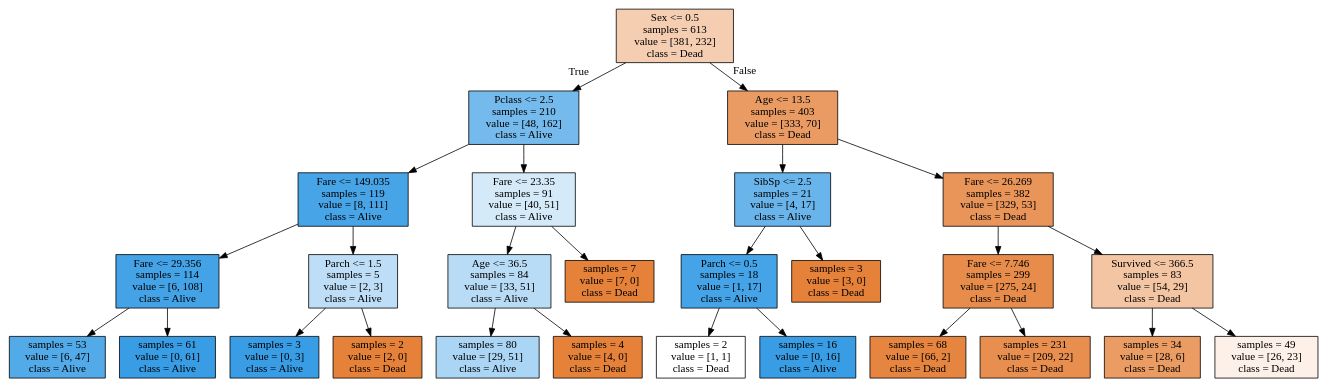
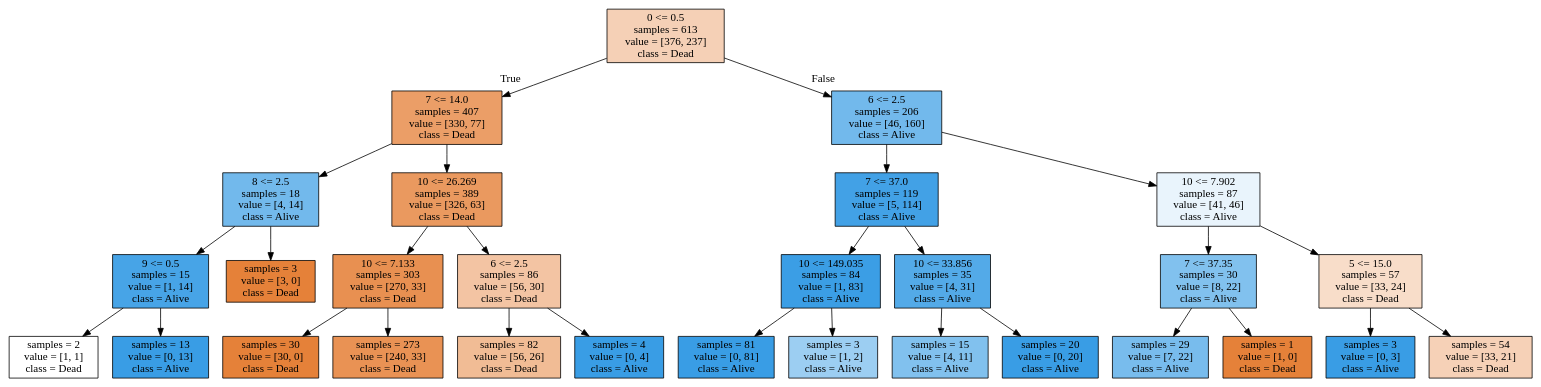
The diagram in 01 - Titanic - Machine Learning from Disaster /tree.dot (PrynsTag/Kaggle-Competitions), drawn with Graphviz before and after one commit.

Commit message:
Decision Tree Visualization

```diff
--- a/01 - Titanic - Machine Learning from Disaster /tree.dot
+++ b/01 - Titanic - Machine Learning from Disaster /tree.dot
@@ -1,56 +1,60 @@
 digraph Tree {
 node [shape=box, style="filled", color="black"] ;
-0 [label="Sex <= 0.5\nsamples = 613\nvalue = [381, 232]\nclass = Dead", fillcolor="#f5ceb2"] ;
-1 [label="Pclass <= 2.5\nsamples = 210\nvalue = [48, 162]\nclass = Alive", fillcolor="#74baed"] ;
+0 [label="0 <= 0.5\nsamples = 613\nvalue = [376, 237]\nclass = Dead", fillcolor="#f5d0b6"] ;
+1 [label="7 <= 14.0\nsamples = 407\nvalue = [330, 77]\nclass = Dead", fillcolor="#eb9e67"] ;
 0 -> 1 [labeldistance=2.5, labelangle=45, headlabel="True"] ;
-2 [label="Fare <= 149.035\nsamples = 119\nvalue = [8, 111]\nclass = Alive", fillcolor="#47a4e7"] ;
+2 [label="8 <= 2.5\nsamples = 18\nvalue = [4, 14]\nclass = Alive", fillcolor="#72b9ec"] ;
 1 -> 2 ;
-3 [label="Fare <= 29.356\nsamples = 114\nvalue = [6, 108]\nclass = Alive", fillcolor="#44a2e6"] ;
+3 [label="9 <= 0.5\nsamples = 15\nvalue = [1, 14]\nclass = Alive", fillcolor="#47a4e7"] ;
 2 -> 3 ;
-4 [label="samples = 53\nvalue = [6, 47]\nclass = Alive", fillcolor="#52aae8"] ;
+4 [label="samples = 2\nvalue = [1, 1]\nclass = Dead", fillcolor="#ffffff"] ;
 3 -> 4 ;
-5 [label="samples = 61\nvalue = [0, 61]\nclass = Alive", fillcolor="#399de5"] ;
+5 [label="samples = 13\nvalue = [0, 13]\nclass = Alive", fillcolor="#399de5"] ;
 3 -> 5 ;
-6 [label="Parch <= 1.5\nsamples = 5\nvalue = [2, 3]\nclass = Alive", fillcolor="#bddef6"] ;
+6 [label="samples = 3\nvalue = [3, 0]\nclass = Dead", fillcolor="#e58139"] ;
 2 -> 6 ;
-7 [label="samples = 3\nvalue = [0, 3]\nclass = Alive", fillcolor="#399de5"] ;
-6 -> 7 ;
-8 [label="samples = 2\nvalue = [2, 0]\nclass = Dead", fillcolor="#e58139"] ;
-6 -> 8 ;
-9 [label="Fare <= 23.35\nsamples = 91\nvalue = [40, 51]\nclass = Alive", fillcolor="#d4eaf9"] ;
-1 -> 9 ;
-10 [label="Age <= 36.5\nsamples = 84\nvalue = [33, 51]\nclass = Alive", fillcolor="#b9dcf6"] ;
-9 -> 10 ;
-11 [label="samples = 80\nvalue = [29, 51]\nclass = Alive", fillcolor="#aad5f4"] ;
-10 -> 11 ;
-12 [label="samples = 4\nvalue = [4, 0]\nclass = Dead", fillcolor="#e58139"] ;
-10 -> 12 ;
-13 [label="samples = 7\nvalue = [7, 0]\nclass = Dead", fillcolor="#e58139"] ;
-9 -> 13 ;
-14 [label="Age <= 13.5\nsamples = 403\nvalue = [333, 70]\nclass = Dead", fillcolor="#ea9b63"] ;
+7 [label="10 <= 26.269\nsamples = 389\nvalue = [326, 63]\nclass = Dead", fillcolor="#ea995f"] ;
+1 -> 7 ;
+8 [label="10 <= 7.133\nsamples = 303\nvalue = [270, 33]\nclass = Dead", fillcolor="#e89051"] ;
+7 -> 8 ;
+9 [label="samples = 30\nvalue = [30, 0]\nclass = Dead", fillcolor="#e58139"] ;
+8 -> 9 ;
+10 [label="samples = 273\nvalue = [240, 33]\nclass = Dead", fillcolor="#e99254"] ;
+8 -> 10 ;
+11 [label="6 <= 2.5\nsamples = 86\nvalue = [56, 30]\nclass = Dead", fillcolor="#f3c4a3"] ;
+7 -> 11 ;
+12 [label="samples = 82\nvalue = [56, 26]\nclass = Dead", fillcolor="#f1bc95"] ;
+11 -> 12 ;
+13 [label="samples = 4\nvalue = [0, 4]\nclass = Alive", fillcolor="#399de5"] ;
+11 -> 13 ;
+14 [label="6 <= 2.5\nsamples = 206\nvalue = [46, 160]\nclass = Alive", fillcolor="#72b9ec"] ;
 0 -> 14 [labeldistance=2.5, labelangle=-45, headlabel="False"] ;
-15 [label="SibSp <= 2.5\nsamples = 21\nvalue = [4, 17]\nclass = Alive", fillcolor="#68b4eb"] ;
+15 [label="7 <= 37.0\nsamples = 119\nvalue = [5, 114]\nclass = Alive", fillcolor="#42a1e6"] ;
 14 -> 15 ;
-16 [label="Parch <= 0.5\nsamples = 18\nvalue = [1, 17]\nclass = Alive", fillcolor="#45a3e7"] ;
+16 [label="10 <= 149.035\nsamples = 84\nvalue = [1, 83]\nclass = Alive", fillcolor="#3b9ee5"] ;
 15 -> 16 ;
-17 [label="samples = 2\nvalue = [1, 1]\nclass = Dead", fillcolor="#ffffff"] ;
+17 [label="samples = 81\nvalue = [0, 81]\nclass = Alive", fillcolor="#399de5"] ;
 16 -> 17 ;
-18 [label="samples = 16\nvalue = [0, 16]\nclass = Alive", fillcolor="#399de5"] ;
+18 [label="samples = 3\nvalue = [1, 2]\nclass = Alive", fillcolor="#9ccef2"] ;
 16 -> 18 ;
-19 [label="samples = 3\nvalue = [3, 0]\nclass = Dead", fillcolor="#e58139"] ;
+19 [label="10 <= 33.856\nsamples = 35\nvalue = [4, 31]\nclass = Alive", fillcolor="#53aae8"] ;
 15 -> 19 ;
-20 [label="Fare <= 26.269\nsamples = 382\nvalue = [329, 53]\nclass = Dead", fillcolor="#e99559"] ;
-14 -> 20 ;
-21 [label="Fare <= 7.746\nsamples = 299\nvalue = [275, 24]\nclass = Dead", fillcolor="#e78c4a"] ;
-20 -> 21 ;
-22 [label="samples = 68\nvalue = [66, 2]\nclass = Dead", fillcolor="#e6853f"] ;
-21 -> 22 ;
-23 [label="samples = 231\nvalue = [209, 22]\nclass = Dead", fillcolor="#e88e4e"] ;
-21 -> 23 ;
-24 [label="Survived <= 366.5\nsamples = 83\nvalue = [54, 29]\nclass = Dead", fillcolor="#f3c5a3"] ;
-20 -> 24 ;
-25 [label="samples = 34\nvalue = [28, 6]\nclass = Dead", fillcolor="#eb9c63"] ;
-24 -> 25 ;
-26 [label="samples = 49\nvalue = [26, 23]\nclass = Dead", fillcolor="#fcf0e8"] ;
-24 -> 26 ;
+20 [label="samples = 15\nvalue = [4, 11]\nclass = Alive", fillcolor="#81c1ee"] ;
+19 -> 20 ;
+21 [label="samples = 20\nvalue = [0, 20]\nclass = Alive", fillcolor="#399de5"] ;
+19 -> 21 ;
+22 [label="10 <= 7.902\nsamples = 87\nvalue = [41, 46]\nclass = Alive", fillcolor="#e9f4fc"] ;
+14 -> 22 ;
+23 [label="7 <= 37.35\nsamples = 30\nvalue = [8, 22]\nclass = Alive", fillcolor="#81c1ee"] ;
+22 -> 23 ;
+24 [label="samples = 29\nvalue = [7, 22]\nclass = Alive", fillcolor="#78bced"] ;
+23 -> 24 ;
+25 [label="samples = 1\nvalue = [1, 0]\nclass = Dead", fillcolor="#e58139"] ;
+23 -> 25 ;
+26 [label="5 <= 15.0\nsamples = 57\nvalue = [33, 24]\nclass = Dead", fillcolor="#f8ddc9"] ;
+22 -> 26 ;
+27 [label="samples = 3\nvalue = [0, 3]\nclass = Alive", fillcolor="#399de5"] ;
+26 -> 27 ;
+28 [label="samples = 54\nvalue = [33, 21]\nclass = Dead", fillcolor="#f6d1b7"] ;
+26 -> 28 ;
 }
```
